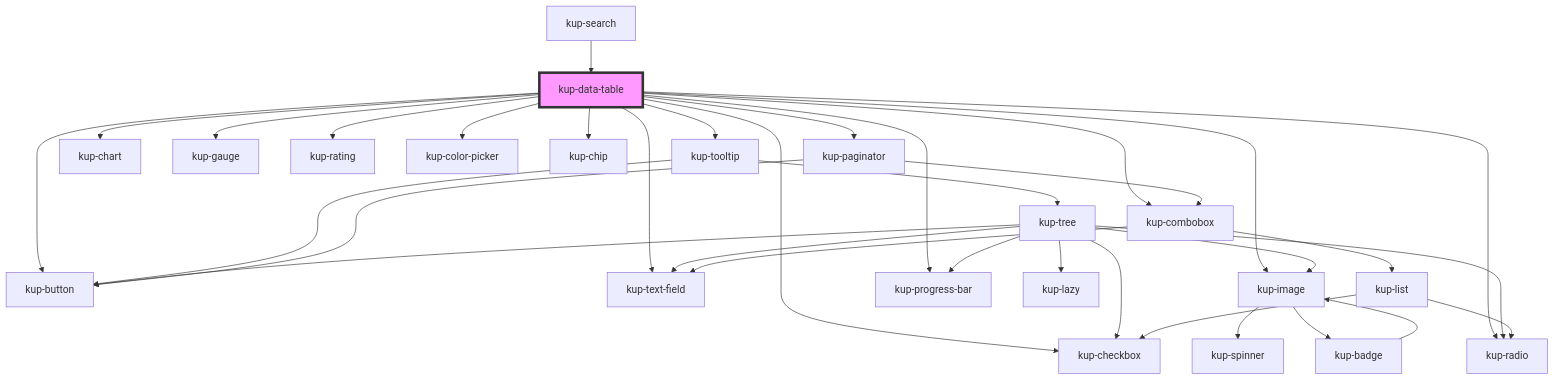
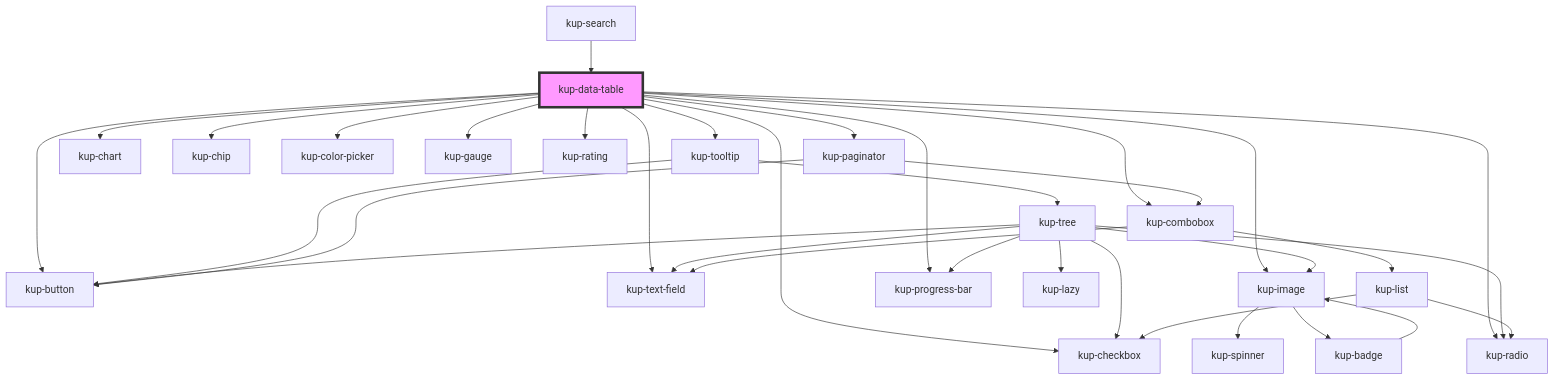
The diagram in packages/ketchup/src/components/kup-data-table/readme.md (smeup/ketchup), drawn with Mermaid before and after one commit. The commit also changed other lines of this file and 4 other files, not shown here.

````diff
--- a/packages/ketchup/src/components/kup-data-table/readme.md
+++ b/packages/ketchup/src/components/kup-data-table/readme.md
@@ -148,37 +148,37 @@
 ```mermaid
 graph TD;
   kup-data-table --> kup-checkbox
   kup-data-table --> kup-button
   kup-data-table --> kup-text-field
   kup-data-table --> kup-tooltip
   kup-data-table --> kup-image
   kup-data-table --> kup-chart
+  kup-data-table --> kup-chip
+  kup-data-table --> kup-color-picker
+  kup-data-table --> kup-gauge
   kup-data-table --> kup-progress-bar
-  kup-data-table --> kup-gauge
   kup-data-table --> kup-rating
-  kup-data-table --> kup-color-picker
-  kup-data-table --> kup-chip
   kup-data-table --> kup-radio
   kup-data-table --> kup-paginator
   kup-data-table --> kup-combobox
   kup-tooltip --> kup-button
   kup-tooltip --> kup-tree
   kup-tree --> kup-lazy
   kup-tree --> kup-button
   kup-tree --> kup-checkbox
   kup-tree --> kup-image
   kup-tree --> kup-progress-bar
   kup-tree --> kup-radio
   kup-tree --> kup-text-field
   kup-image --> kup-spinner
   kup-image --> kup-badge
   kup-badge --> kup-image
   kup-paginator --> kup-button
   kup-paginator --> kup-combobox
   kup-combobox --> kup-text-field
   kup-combobox --> kup-list
   kup-list --> kup-radio
   kup-list --> kup-checkbox
   kup-search --> kup-data-table
   style kup-data-table fill:#f9f,stroke:#333,stroke-width:4px
 ```
````
